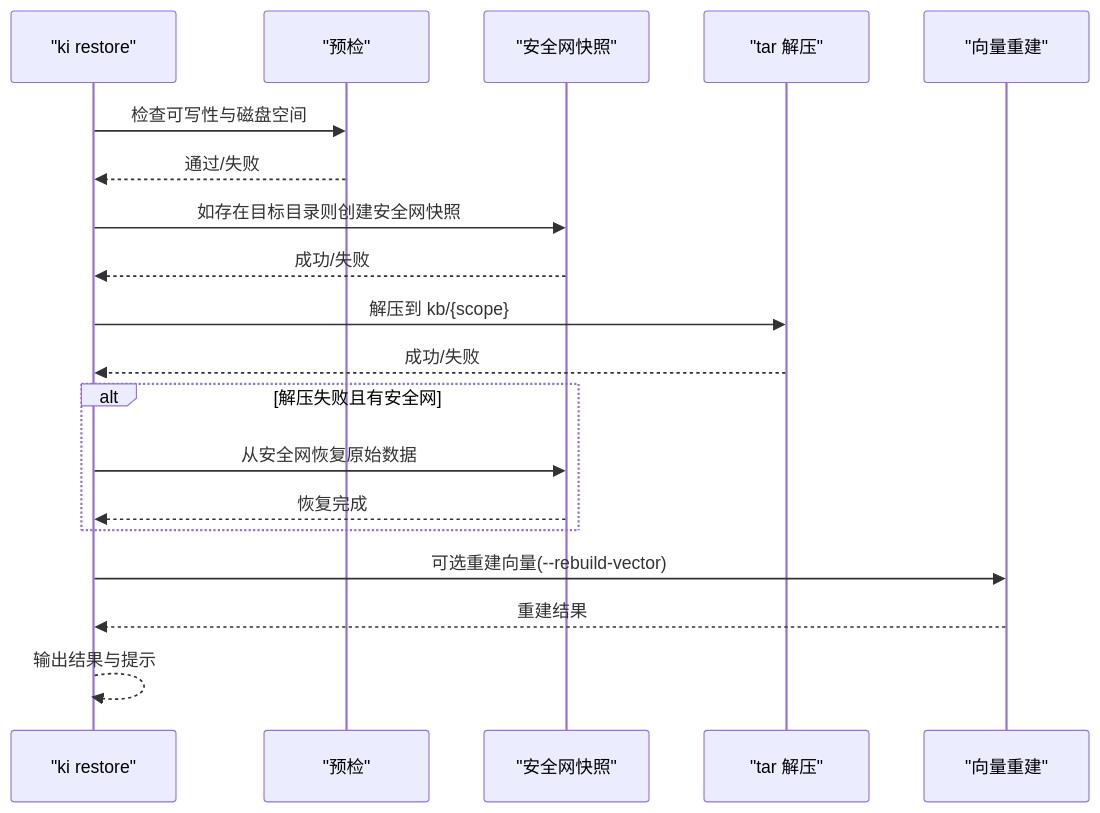
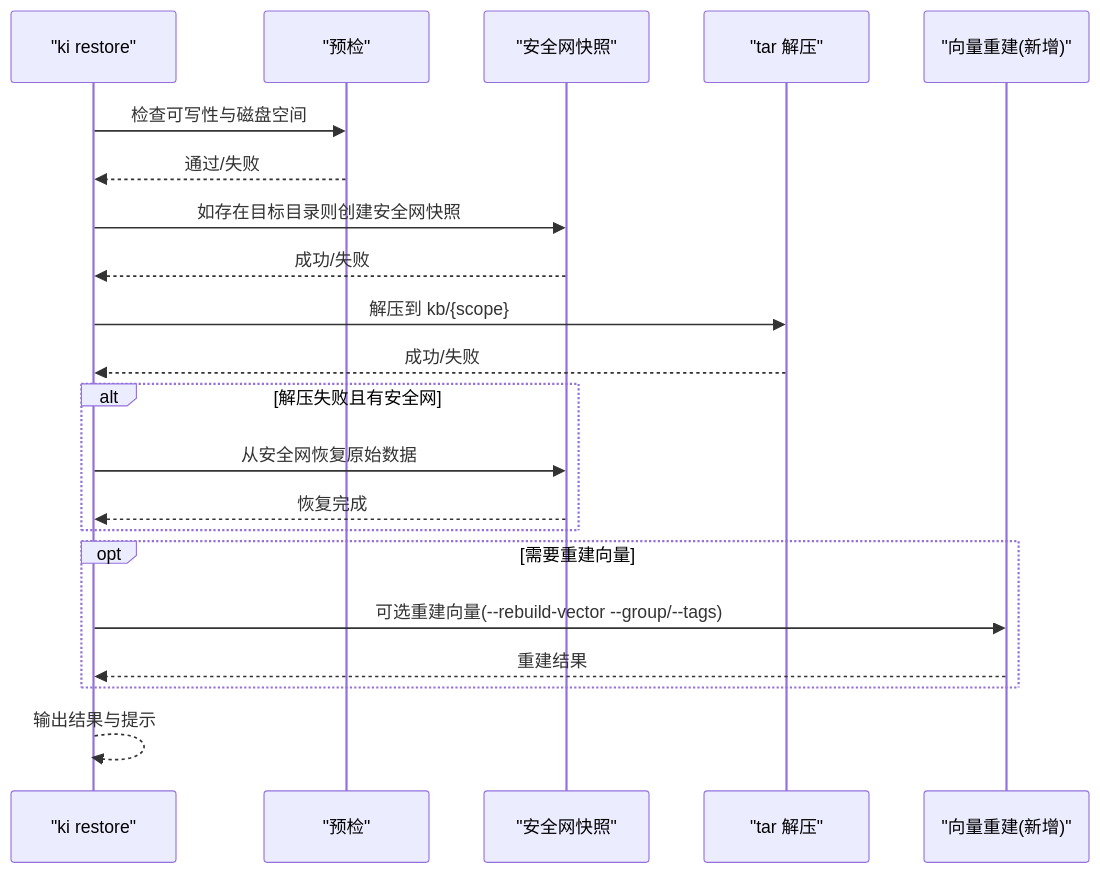
The fourth of 6 diagrams in .qoder/repowiki/zh/content/知识库管理/备份与恢复.md (HACK-WU/kisearch), drawn with Mermaid before and after one commit. The commit also changed other lines of this file and 303 other files, not shown here.

````diff
--- a/.qoder/repowiki/zh/content/知识库管理/备份与恢复.md
+++ b/.qoder/repowiki/zh/content/知识库管理/备份与恢复.md
@@ -196,21 +228,23 @@
 ```mermaid
 sequenceDiagram
 participant R as "ki restore"
 participant P as "预检"
 participant S as "安全网快照"
 participant T as "tar 解压"
-participant V as "向量重建"
+participant V as "向量重建(新增)"
 R->>P : 检查可写性与磁盘空间
 P-->>R : 通过/失败
 R->>S : 如存在目标目录则创建安全网快照
 S-->>R : 成功/失败
 R->>T : 解压到 kb/{scope}
 T-->>R : 成功/失败
 alt 解压失败且有安全网
 R->>S : 从安全网恢复原始数据
 S-->>R : 恢复完成
 end
-R->>V : 可选重建向量(--rebuild-vector)
+opt 需要重建向量
+R->>V : 可选重建向量(--rebuild-vector --group/--tags)
 V-->>R : 重建结果
+end
 R-->>R : 输出结果与提示
 ```
````
